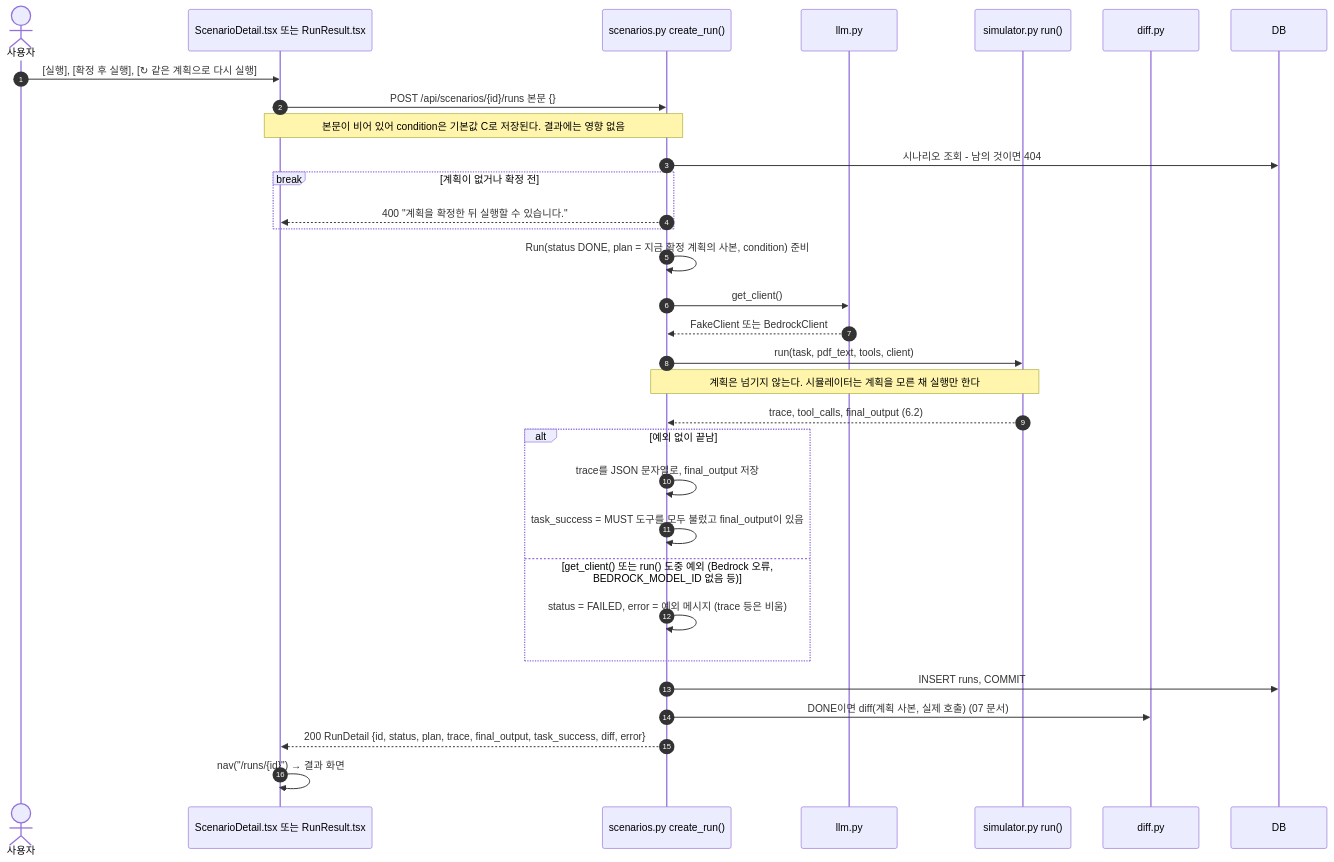
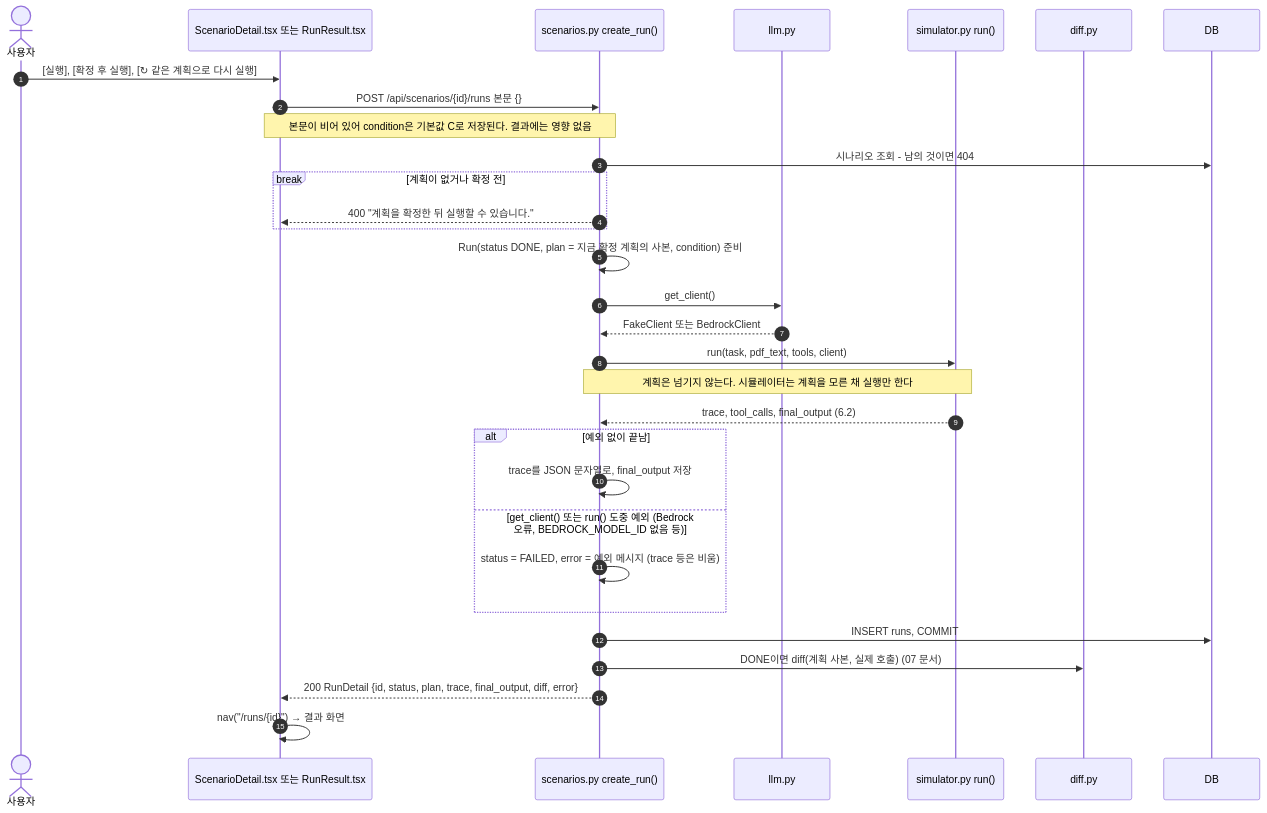
Before and after one commit to hailey-03/agentfence: the first of 5 diagrams in docs/sequence/06-run.md, drawn with Mermaid. The commit also changed other lines of this file and 8 other files, not shown here.

First line of the commit message:
Run의 업무 성공 지표(task_success) 제거: 판정은 status와 diff만

````diff
--- a/docs/sequence/06-run.md
+++ b/docs/sequence/06-run.md
@@ -26,35 +25,34 @@
 ```mermaid
 sequenceDiagram
     autonumber
     actor U as 사용자
     participant P as ScenarioDetail.tsx 또는 RunResult.tsx
     participant SC as scenarios.py create_run()
     participant LL as llm.py
     participant SI as simulator.py run()
     participant DF as diff.py
     participant DB as DB
 
     U->>P: [실행], [확정 후 실행], [↻ 같은 계획으로 다시 실행]
     P->>SC: POST /api/scenarios/{id}/runs 본문 {}
     Note over P,SC: 본문이 비어 있어 condition은 기본값 C로 저장된다. 결과에는 영향 없음
     SC->>DB: 시나리오 조회 - 남의 것이면 404
     break 계획이 없거나 확정 전
         SC-->>P: 400 "계획을 확정한 뒤 실행할 수 있습니다."
     end
     SC->>SC: Run(status DONE, plan = 지금 확정 계획의 사본, condition) 준비
     SC->>LL: get_client()
     LL-->>SC: FakeClient 또는 BedrockClient
     SC->>SI: run(task, pdf_text, tools, client)
     Note over SC,SI: 계획은 넘기지 않는다. 시뮬레이터는 계획을 모른 채 실행만 한다
     SI-->>SC: trace, tool_calls, final_output (6.2)
     alt 예외 없이 끝남
         SC->>SC: trace를 JSON 문자열로, final_output 저장
-        SC->>SC: task_success = MUST 도구를 모두 불렀고 final_output이 있음
     else get_client() 또는 run() 도중 예외 (Bedrock 오류, BEDROCK_MODEL_ID 없음 등)
         SC->>SC: status = FAILED, error = 예외 메시지 (trace 등은 비움)
     end
     SC->>DB: INSERT runs, COMMIT
     SC->>DF: DONE이면 diff(계획 사본, 실제 호출) (07 문서)
-    SC-->>P: 200 RunDetail {id, status, plan, trace, final_output, task_success, diff, error}
+    SC-->>P: 200 RunDetail {id, status, plan, trace, final_output, diff, error}
     P->>P: nav("/runs/{id}") → 결과 화면
 ```
````
